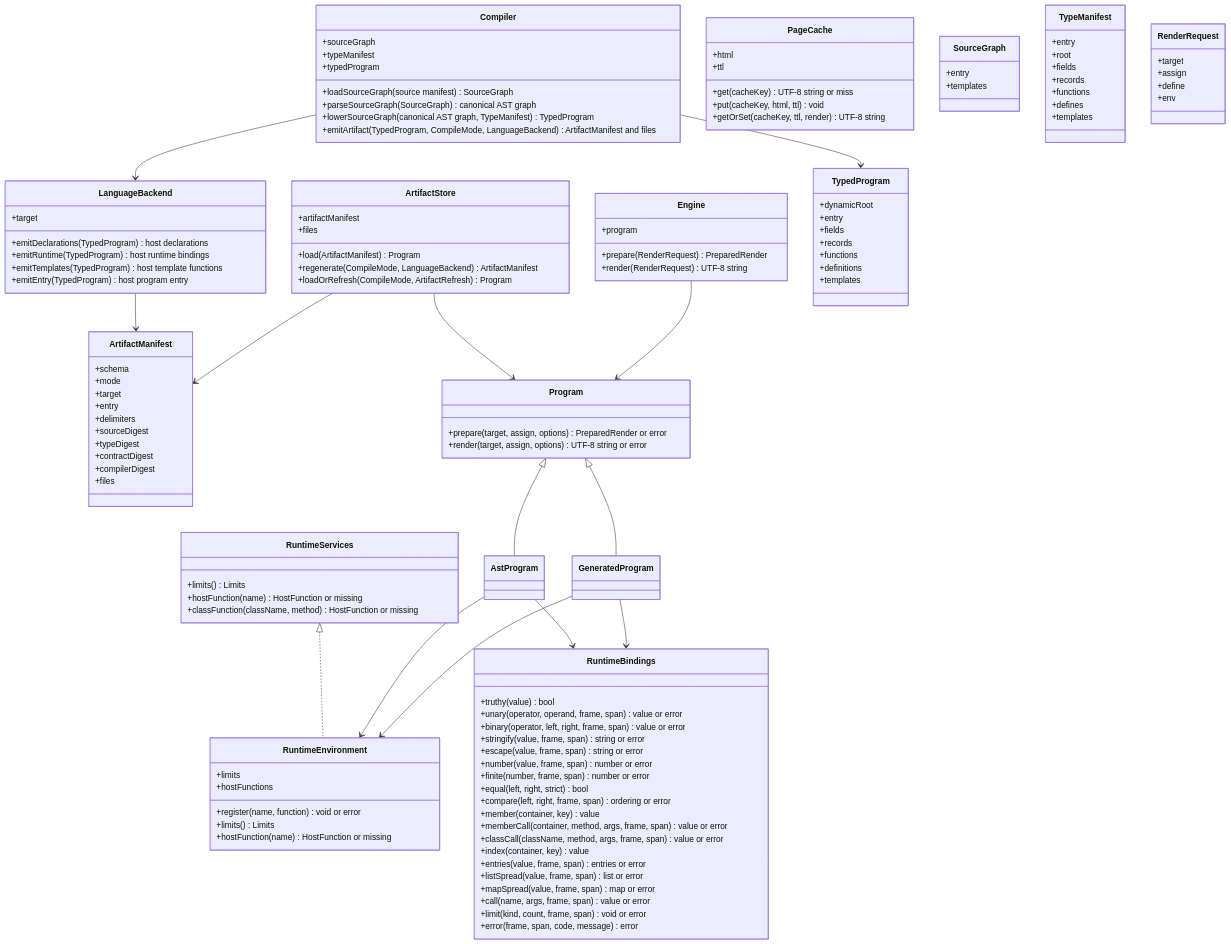
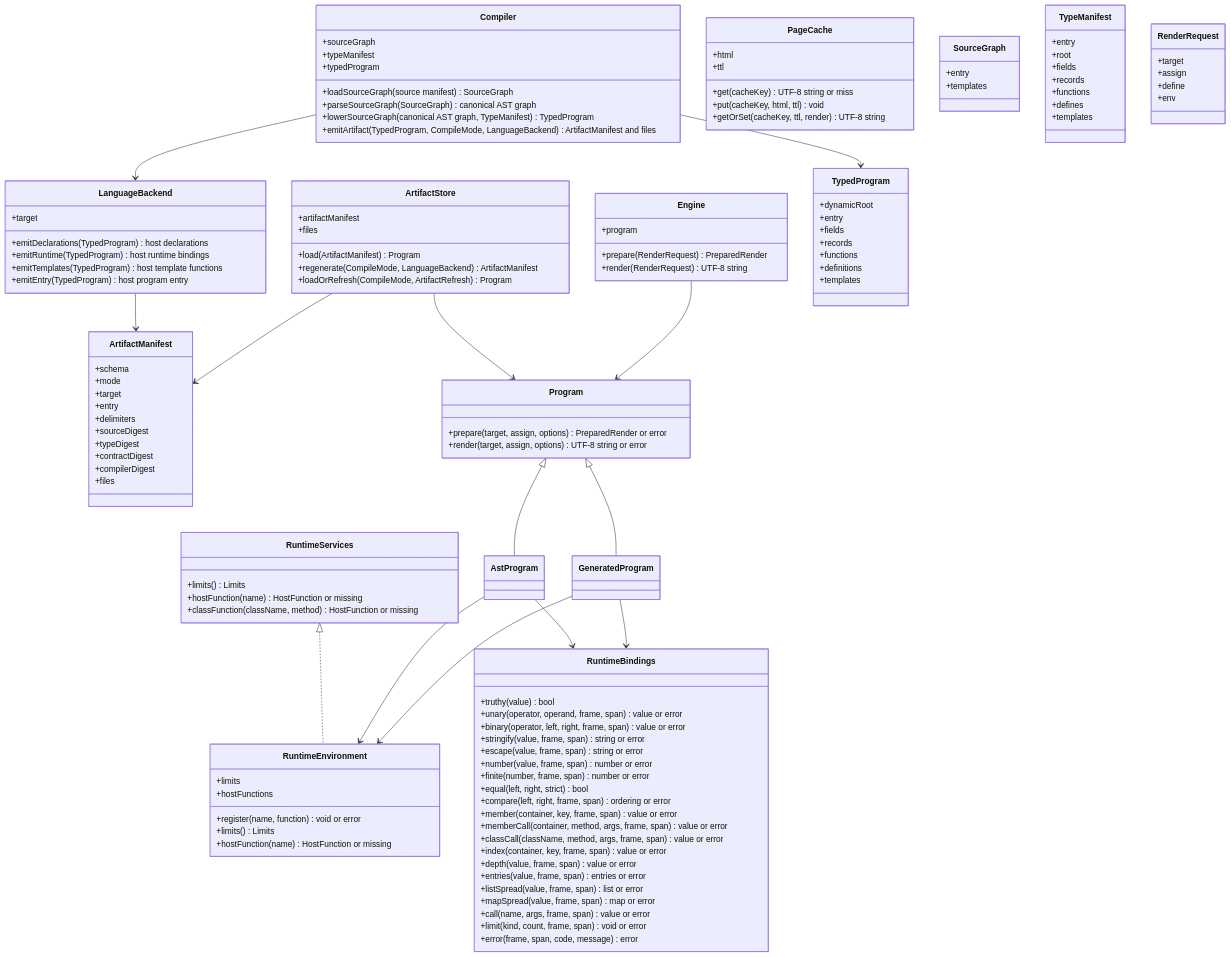
Before and after one commit to polyspec/template: the diagram in tools/compiler/generated/compiler-classes.mmd, drawn with Mermaid. The commit also changed 257 other files, not shown here.

```diff
--- a/tools/compiler/generated/compiler-classes.mmd
+++ b/tools/compiler/generated/compiler-classes.mmd
@@ -1,128 +1,129 @@
 classDiagram
   class Compiler {
     +sourceGraph
     +typeManifest
     +typedProgram
     +loadSourceGraph(source manifest) SourceGraph
     +parseSourceGraph(SourceGraph) canonical AST graph
     +lowerSourceGraph(canonical AST graph, TypeManifest) TypedProgram
     +emitArtifact(TypedProgram, CompileMode, LanguageBackend) ArtifactManifest and files
   }
   class LanguageBackend {
     +target
     +emitDeclarations(TypedProgram) host declarations
     +emitRuntime(TypedProgram) host runtime bindings
     +emitTemplates(TypedProgram) host template functions
     +emitEntry(TypedProgram) host program entry
   }
   class ArtifactStore {
     +artifactManifest
     +files
     +load(ArtifactManifest) Program
     +regenerate(CompileMode, LanguageBackend) ArtifactManifest
     +loadOrRefresh(CompileMode, ArtifactRefresh) Program
   }
   class Engine {
     +program
     +prepare(RenderRequest) PreparedRender
     +render(RenderRequest) UTF-8 string
   }
   class PageCache {
     +html
     +ttl
     +get(cacheKey) UTF-8 string or miss
     +put(cacheKey, html, ttl) void
     +getOrSet(cacheKey, ttl, render) UTF-8 string
   }
   class RuntimeEnvironment {
     +limits
     +hostFunctions
     +register(name, function) void or error
     +limits() Limits
     +hostFunction(name) HostFunction or missing
   }
   class SourceGraph {
     +entry
     +templates
   }
   class TypeManifest {
     +entry
     +root
     +fields
     +records
     +functions
     +defines
     +templates
   }
   class TypedProgram {
     +dynamicRoot
     +entry
     +fields
     +records
     +functions
     +definitions
     +templates
   }
   class ArtifactManifest {
     +schema
     +mode
     +target
     +entry
     +delimiters
     +sourceDigest
     +typeDigest
     +contractDigest
     +compilerDigest
     +files
   }
   class RenderRequest {
     +target
     +assign
     +define
     +env
   }
   class Program {
     +prepare(target, assign, options) PreparedRender or error
     +render(target, assign, options) UTF-8 string or error
   }
   class AstProgram
   class GeneratedProgram
   class RuntimeBindings {
     +truthy(value) bool
     +unary(operator, operand, frame, span) value or error
     +binary(operator, left, right, frame, span) value or error
     +stringify(value, frame, span) string or error
     +escape(value, frame, span) string or error
     +number(value, frame, span) number or error
     +finite(number, frame, span) number or error
     +equal(left, right, strict) bool
     +compare(left, right, frame, span) ordering or error
-    +member(container, key) value
+    +member(container, key, frame, span) value or error
     +memberCall(container, method, args, frame, span) value or error
     +classCall(className, method, args, frame, span) value or error
-    +index(container, key) value
+    +index(container, key, frame, span) value or error
+    +depth(value, frame, span) value or error
     +entries(value, frame, span) entries or error
     +listSpread(value, frame, span) list or error
     +mapSpread(value, frame, span) map or error
     +call(name, args, frame, span) value or error
     +limit(kind, count, frame, span) void or error
     +error(frame, span, code, message) error
   }
   class RuntimeServices {
     +limits() Limits
     +hostFunction(name) HostFunction or missing
     +classFunction(className, method) HostFunction or missing
   }
   Program <|-- AstProgram
   Program <|-- GeneratedProgram
   Compiler --> TypedProgram
   Compiler --> LanguageBackend
   LanguageBackend --> ArtifactManifest
   ArtifactStore --> ArtifactManifest
   ArtifactStore --> Program
   Engine --> Program
   RuntimeServices <|.. RuntimeEnvironment
   AstProgram --> RuntimeEnvironment
   GeneratedProgram --> RuntimeEnvironment
   AstProgram --> RuntimeBindings
   GeneratedProgram --> RuntimeBindings
```
